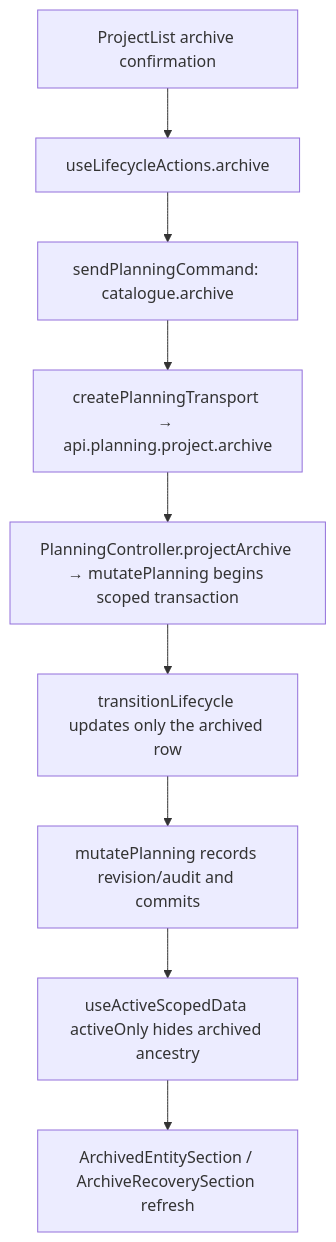
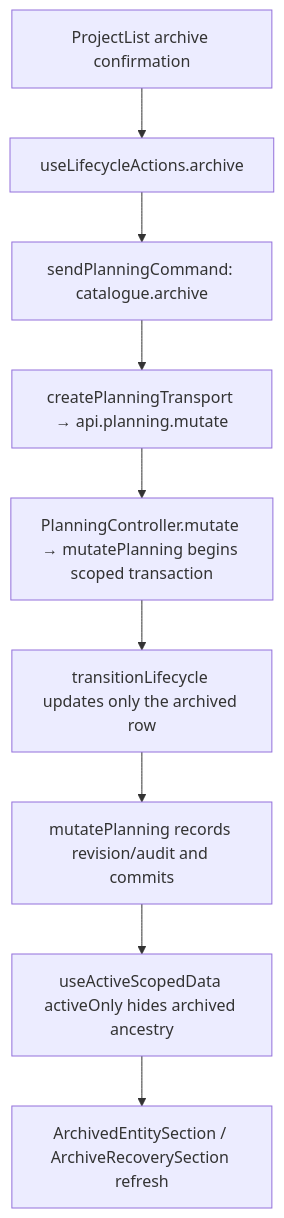
The second of 2 diagrams in user-stories/projects/US-PRJ-03-archive-project.md (Kevinjohn/capacitylens), drawn with Mermaid before and after one commit. The commit also changed 115 other files, not shown here.

````diff
--- a/user-stories/projects/US-PRJ-03-archive-project.md
+++ b/user-stories/projects/US-PRJ-03-archive-project.md
@@ -30,7 +30,7 @@
 ```mermaid
 flowchart TD
   A["ProjectList archive confirmation"] --> B["useLifecycleActions.archive"] --> C["sendPlanningCommand: catalogue.archive"]
-  C --> D["createPlanningTransport → api.planning.project.archive"] --> E["PlanningController.projectArchive → mutatePlanning begins scoped transaction"]
+  C --> D["createPlanningTransport → api.planning.mutate"] --> E["PlanningController.mutate → mutatePlanning begins scoped transaction"]
   E --> F["transitionLifecycle updates only the archived row"] --> K["mutatePlanning records revision/audit and commits"] --> F2["useActiveScopedData activeOnly hides archived ancestry"]
   F2 --> H["ArchivedEntitySection / ArchiveRecoverySection refresh"]
 ```
````
